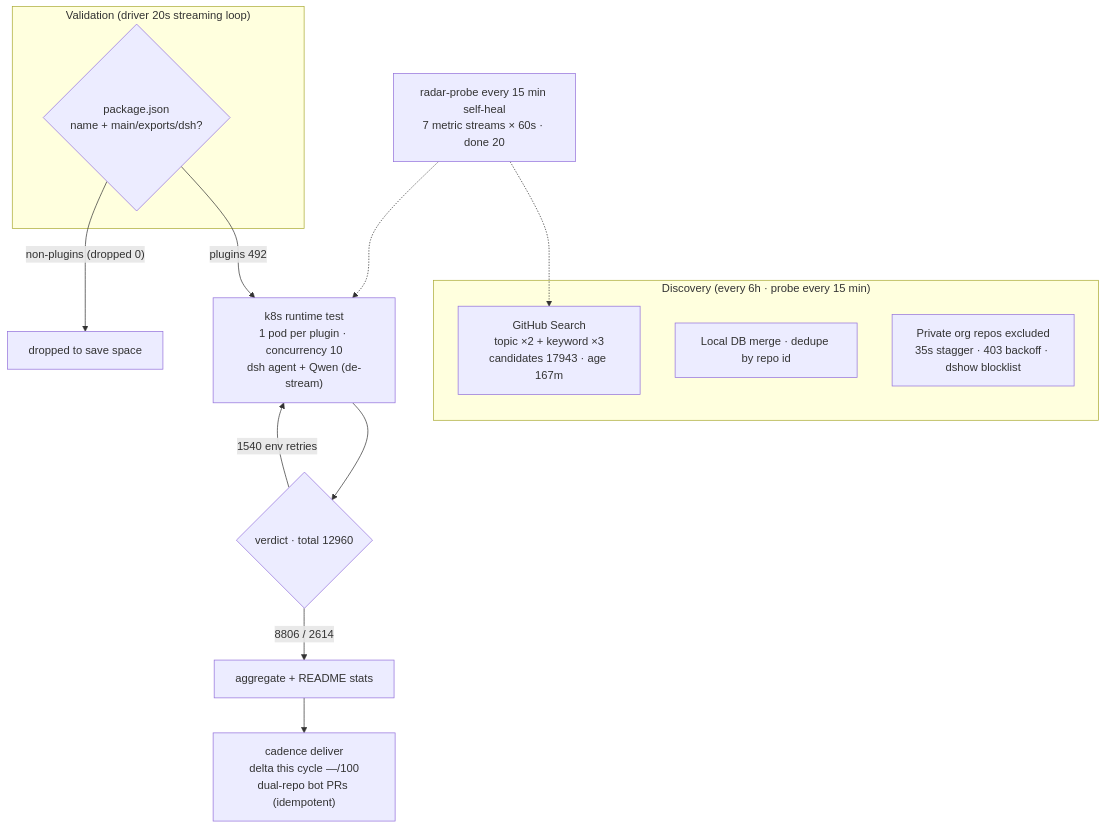
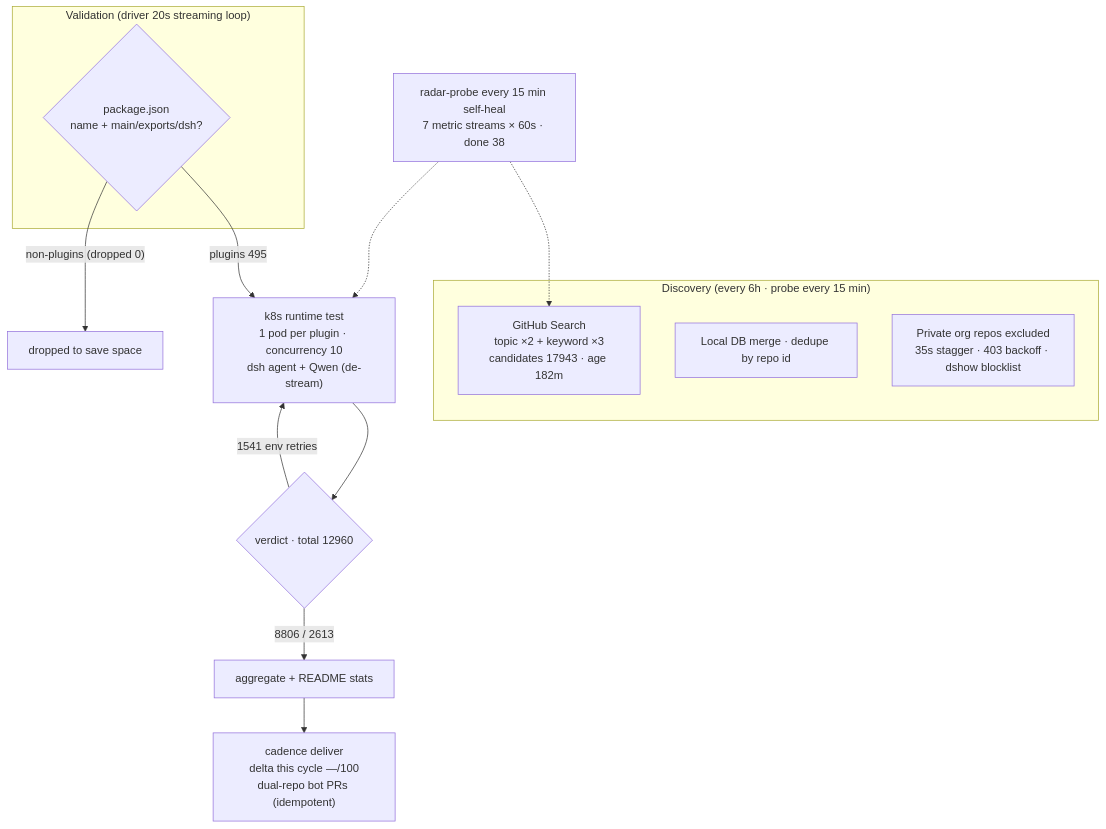
Before and after one commit to AdamPlatin123/awesome-dsh-plugins: the diagram in README.en-US.md, drawn with Mermaid. The commit also changed other lines of this file and 5 other files, not shown here.

````diff
--- a/README.en-US.md
+++ b/README.en-US.md
@@ -45,20 +45,20 @@
 ```mermaid
 flowchart TB
     subgraph Discovery["Discovery (every 6h · probe every 15 min)"]
-        A1["GitHub Search<br/>topic ×2 + keyword ×3<br/>candidates 17943 · age 167m"]
+        A1["GitHub Search<br/>topic ×2 + keyword ×3<br/>candidates 17943 · age 182m"]
         A2["Local DB merge · dedupe by repo id"]
         A3["Private org repos excluded<br/>35s stagger · 403 backoff · dshow blocklist"]
     end
     subgraph Validation["Validation (driver 20s streaming loop)"]
         B1{"package.json<br/>name + main/exports/dsh?"}
     end
-    B1 -->|"plugins 492"| C1["k8s runtime test<br/>1 pod per plugin · concurrency 10<br/>dsh agent + Qwen (de-stream)"]
+    B1 -->|"plugins 495"| C1["k8s runtime test<br/>1 pod per plugin · concurrency 10<br/>dsh agent + Qwen (de-stream)"]
     B1 -->|"non-plugins (dropped 0)"| B3["dropped to save space"]
     C1 --> D1{"verdict · total 12960"}
-    D1 -->|"8806 / 2614"| E1["aggregate + README stats"]
-    D1 -->|"1540 env retries"| C1
+    D1 -->|"8806 / 2613"| E1["aggregate + README stats"]
+    D1 -->|"1541 env retries"| C1
     E1 --> E2["cadence deliver<br/>delta this cycle —/100<br/>dual-repo bot PRs (idempotent)"]
-    M["radar-probe every 15 min self-heal<br/>7 metric streams × 60s · done 20"]
+    M["radar-probe every 15 min self-heal<br/>7 metric streams × 60s · done 38"]
     M -.-> A1
     M -.-> C1
 ```
````
